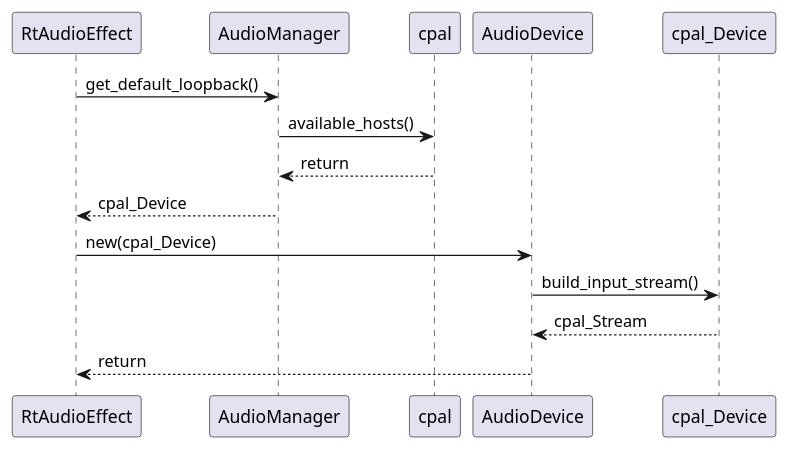
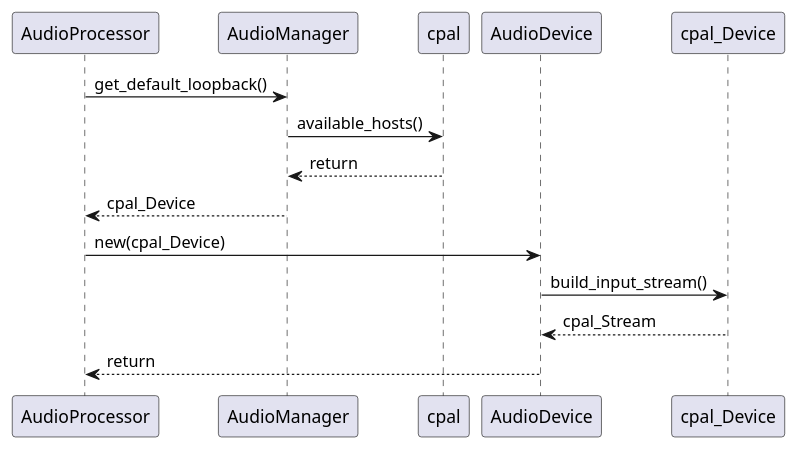
The diagram in diagrams/create.puml (walkiewicz125/RtAudioEffect), drawn with PlantUML before and after one commit. The commit also changed 11 other files, not shown here.

```diff
--- a/diagrams/create.puml
+++ b/diagrams/create.puml
@@ -1,13 +1,13 @@
 @startuml "sequence of creating app"
 
-RtAudioEffect -> AudioManager : get_default_loopback()
+AudioProcessor -> AudioManager : get_default_loopback()
 AudioManager -> cpal : available_hosts()
 AudioManager <-- cpal : return
-RtAudioEffect <-- AudioManager : cpal_Device
+AudioProcessor <-- AudioManager : cpal_Device
 
-RtAudioEffect -> AudioDevice : new(cpal_Device)
+AudioProcessor -> AudioDevice : new(cpal_Device)
 AudioDevice -> cpal_Device : build_input_stream()
 AudioDevice <-- cpal_Device : cpal_Stream
-RtAudioEffect <-- AudioDevice : return
+AudioProcessor <-- AudioDevice : return
 
 @enduml
```
